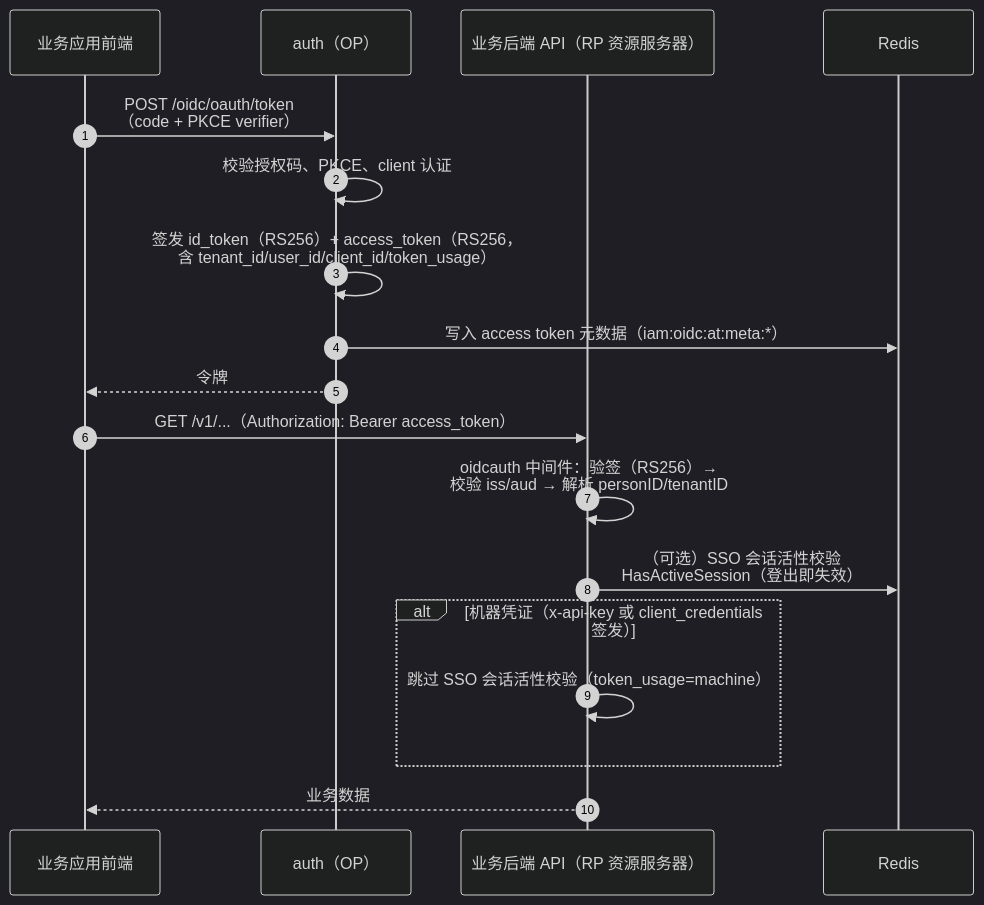
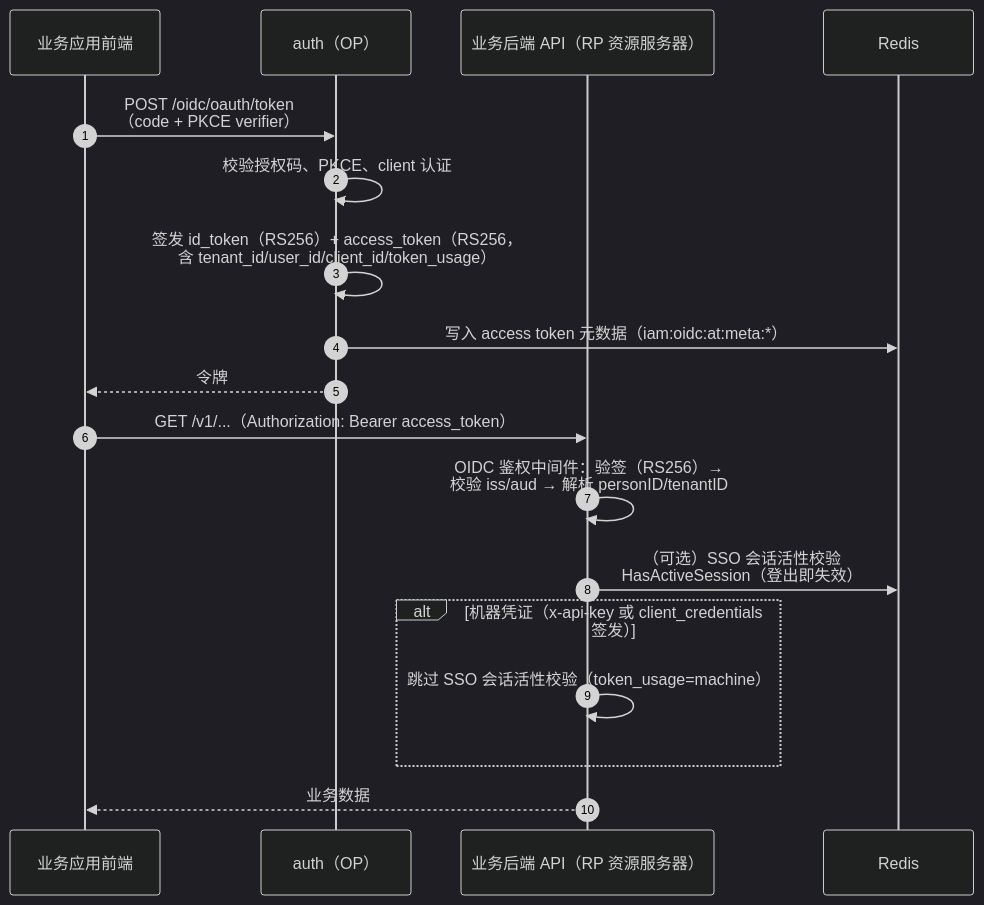
Before and after one commit to morehao/ark-iam: the seventh of 13 diagrams in docs/design/system-design.md, drawn with Mermaid (dark theme). The commit also changed other lines of this file and 80 other files, not shown here.

````diff
--- a/docs/design/system-design.md
+++ b/docs/design/system-design.md
@@ -643,21 +643,21 @@
 ```mermaid
 sequenceDiagram
     autonumber
     participant RP as 业务应用前端
     participant OP as auth（OP）
     participant API as 业务后端 API（RP 资源服务器）
     participant RD as Redis
 
     RP->>OP: POST /oidc/oauth/token<br/>（code + PKCE verifier）
     OP->>OP: 校验授权码、PKCE、client 认证
     OP->>OP: 签发 id_token（RS256）+ access_token（RS256，<br/>含 tenant_id/user_id/client_id/token_usage）
     OP->>RD: 写入 access token 元数据（iam:oidc:at:meta:*）
     OP-->>RP: 令牌
     RP->>API: GET /v1/...（Authorization: Bearer access_token）
-    API->>API: oidcauth 中间件：验签（RS256）→<br/>校验 iss/aud → 解析 personID/tenantID
+    API->>API: OIDC 鉴权中间件：验签（RS256）→<br/>校验 iss/aud → 解析 personID/tenantID
     API->>RD: （可选）SSO 会话活性校验<br/>HasActiveSession（登出即失效）
     alt 机器凭证（x-api-key 或 client_credentials 签发）
         API->>API: 跳过 SSO 会话活性校验（token_usage=machine）
     end
     API-->>RP: 业务数据
 ```
````
